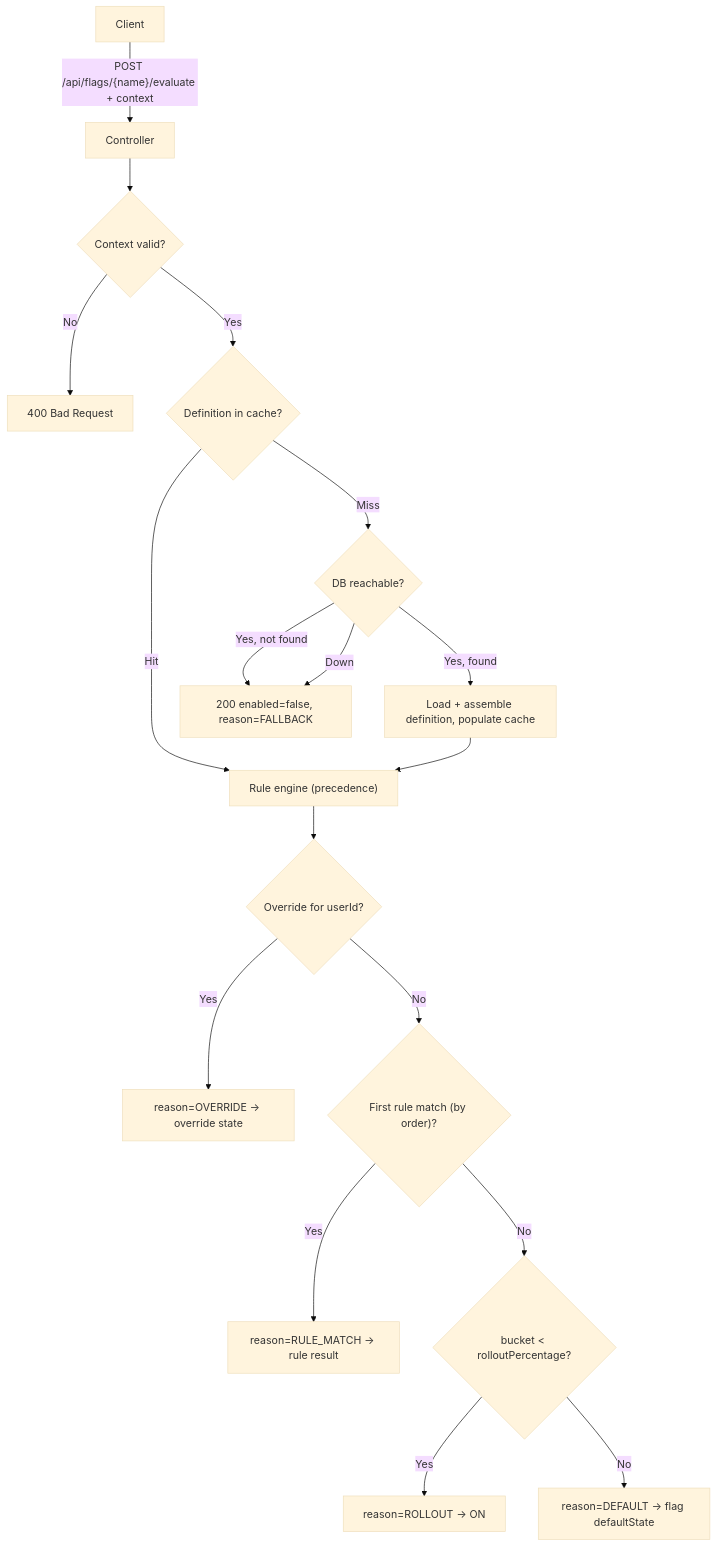
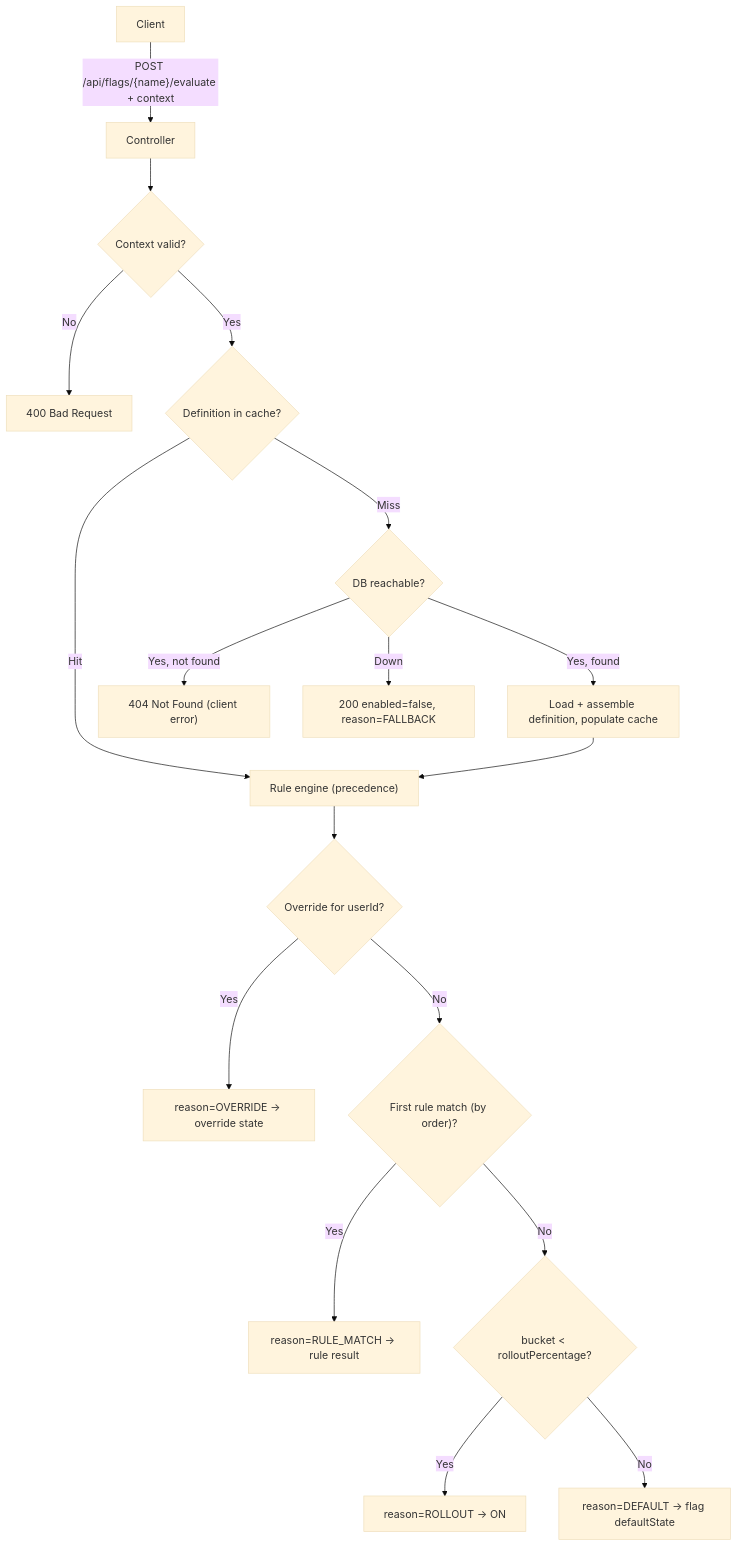
One commit to karansdoshi/featureFlagService changed the second of 4 diagrams in docs/architecture.md. Above: the diagram before and after it, drawn with Mermaid (base theme). The commit also changed 6 other files, not shown here.

````diff
--- a/docs/architecture.md
+++ b/docs/architecture.md
@@ -28,20 +28,20 @@
 ```mermaid
 flowchart TD
   Client -->|"POST /api/flags/{name}/evaluate + context"| Controller
   Controller --> Validate{"Context valid?"}
   Validate -->|No| Err400["400 Bad Request"]
   Validate -->|Yes| Cache{"Definition in cache?"}
   Cache -->|Hit| Engine["Rule engine (precedence)"]
   Cache -->|Miss| DB{"DB reachable?"}
   DB -->|"Yes, found"| Load["Load + assemble definition, populate cache"]
   Load --> Engine
-  DB -->|"Yes, not found"| Fb["200 enabled=false, reason=FALLBACK"]
-  DB -->|Down| Fb
+  DB -->|"Yes, not found"| Err404["404 Not Found (client error)"]
+  DB -->|Down| Fb["200 enabled=false, reason=FALLBACK"]
   Engine --> Ovr{"Override for userId?"}
   Ovr -->|Yes| ROvr["reason=OVERRIDE -> override state"]
   Ovr -->|No| Rules{"First rule match (by order)?"}
   Rules -->|Yes| RRule["reason=RULE_MATCH -> rule result"]
   Rules -->|No| Roll{"bucket < rolloutPercentage?"}
   Roll -->|Yes| RRoll["reason=ROLLOUT -> ON"]
   Roll -->|No| RDef["reason=DEFAULT -> flag defaultState"]
 ```
````
